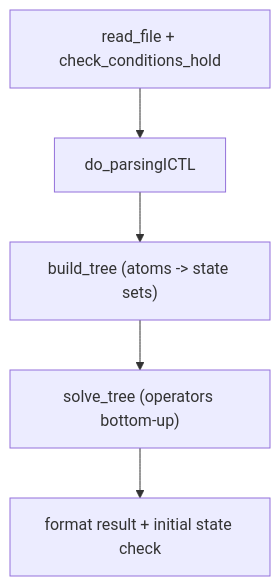
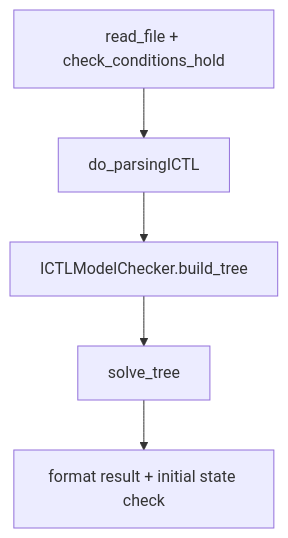
Before and after one commit to VITAMIN-organisation/vitamin-model-checker: the diagram in docs/ICTL/algorithm.md, drawn with Mermaid. The commit also changed other lines of this file and 51 other files, not shown here.

````diff
--- a/docs/ICTL/algorithm.md
+++ b/docs/ICTL/algorithm.md
@@ -203,10 +261,10 @@
 ```mermaid
 flowchart TD
     load["read_file + check_conditions_hold"]
     parse["do_parsingICTL"]
-    tree["build_tree (atoms -> state sets)"]
-    solve["solve_tree (operators bottom-up)"]
+    tree["ICTLModelChecker.build_tree"]
+    solve["solve_tree"]
     result["format result + initial state check"]
 
     load --> parse --> tree --> solve --> result
 ```
````
